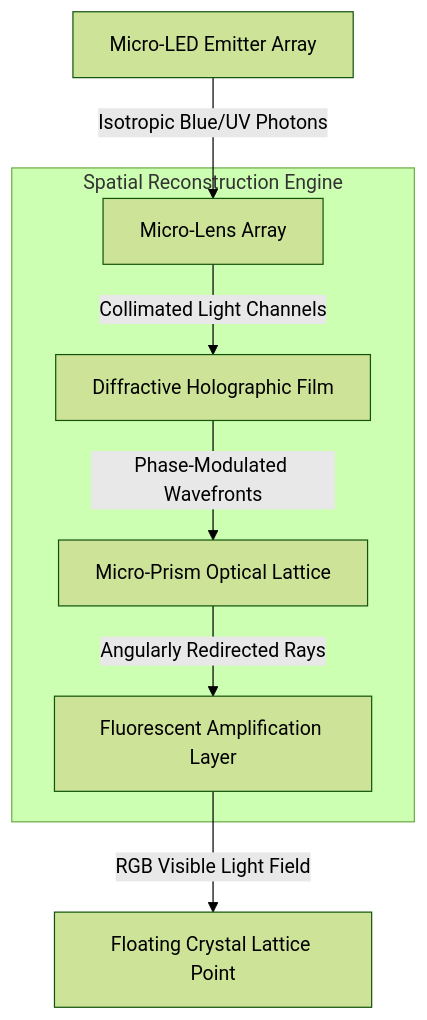
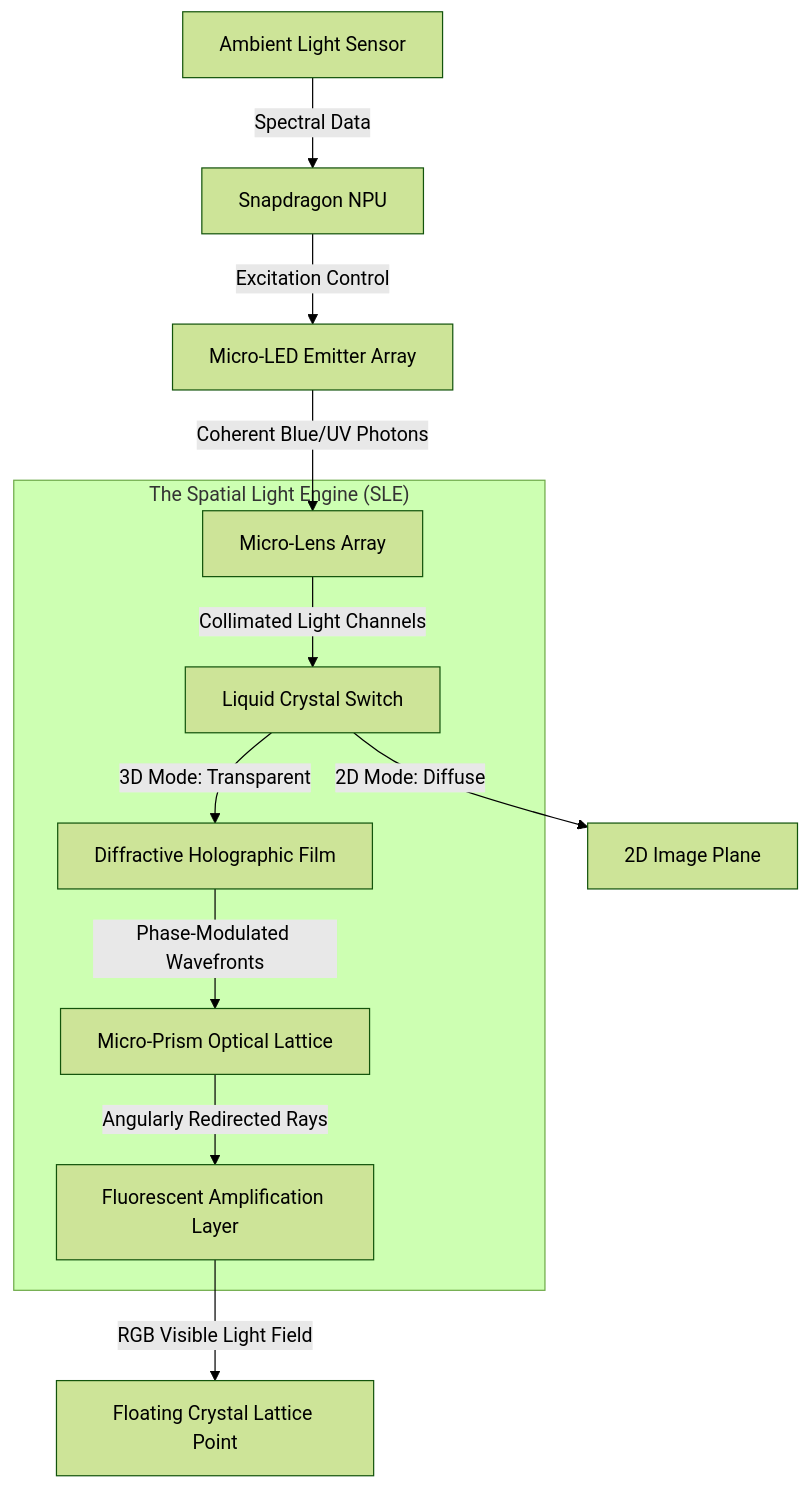
The first of 3 diagrams in docs/hardware/optical_diagrams.md (YEMURAI-CAROLINE-MLAMBO/BF-v2), drawn with Mermaid (forest theme) before and after one commit. The commit also changed other lines of this file and 4 other files, not shown here.

First line of the commit message:
Update technical diagrams, white paper, and patent draft for BendingForce v2

````diff
--- a/docs/hardware/optical_diagrams.md
+++ b/docs/hardware/optical_diagrams.md
@@ -9,15 +9,23 @@
 ```mermaid
 graph TD
-    A[Micro-LED Emitter Array] -->|Isotropic Blue/UV Photons| B[Micro-Lens Array]
-    B -->|Collimated Light Channels| C[Diffractive Holographic Film]
+    ALS[Ambient Light Sensor] -->|Spectral Data| NPU[Snapdragon NPU]
+    NPU -->|Excitation Control| A[Micro-LED Emitter Array]
+
+    A -->|Coherent Blue/UV Photons| B[Micro-Lens Array]
+    B -->|Collimated Light Channels| LCS[Liquid Crystal Switch]
+
+    LCS -->|3D Mode: Transparent| C[Diffractive Holographic Film]
+    LCS -->|2D Mode: Diffuse| DIFF[2D Image Plane]
+
     C -->|Phase-Modulated Wavefronts| D[Micro-Prism Optical Lattice]
     D -->|Angularly Redirected Rays| E[Fluorescent Amplification Layer]
     E -->|RGB Visible Light Field| F[Floating Crystal Lattice Point]
 
-    subgraph "Spatial Reconstruction Engine"
+    subgraph "The Spatial Light Engine (SLE)"
     B
+    LCS
     C
     D
     E
     end
 ```
````
